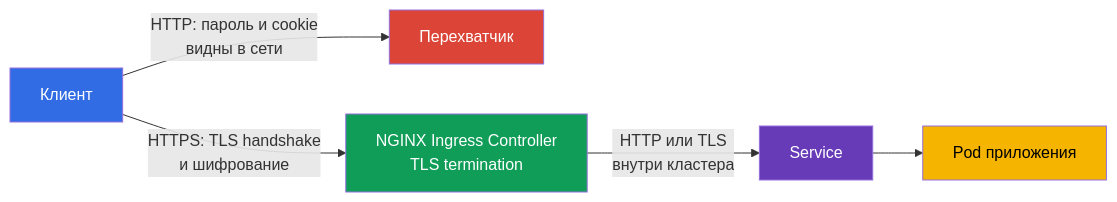
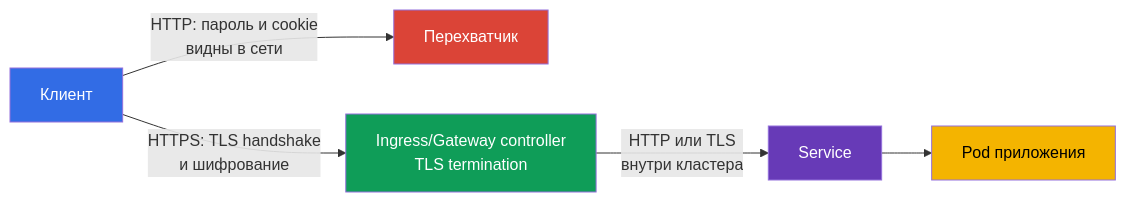
The diagram in tasks/cks/course/08/ru.md (ViktorUJ/cks), drawn with Mermaid before and after one commit. The commit also changed other lines of this file and 81 other files, not shown here.

````diff
--- a/tasks/cks/course/08/ru.md
+++ b/tasks/cks/course/08/ru.md
@@ -30,12 +30,12 @@
 ```mermaid
 flowchart LR
     client["Клиент"] -->|"HTTP: пароль и cookie<br>видны в сети"| bad["Перехватчик"]
-    client -->|"HTTPS: TLS handshake<br>и шифрование"| ingress["NGINX Ingress Controller<br>TLS termination"]
+    client -->|"HTTPS: TLS handshake<br>и шифрование"| ingress["Ingress/Gateway controller<br>TLS termination"]
     ingress -->|"HTTP или TLS<br>внутри кластера"| service["Service"]
     service --> pod["Pod приложения"]
     style client fill:#326ce5,color:#fff
     style bad fill:#db4437,color:#fff
     style ingress fill:#0f9d58,color:#fff
     style service fill:#673ab7,color:#fff
     style pod fill:#f4b400,color:#000
 ```
````
